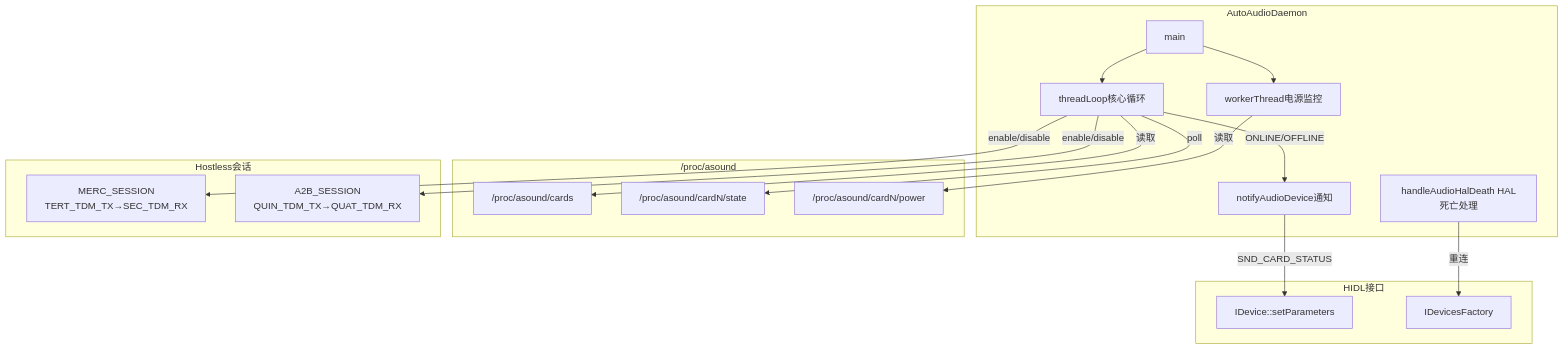
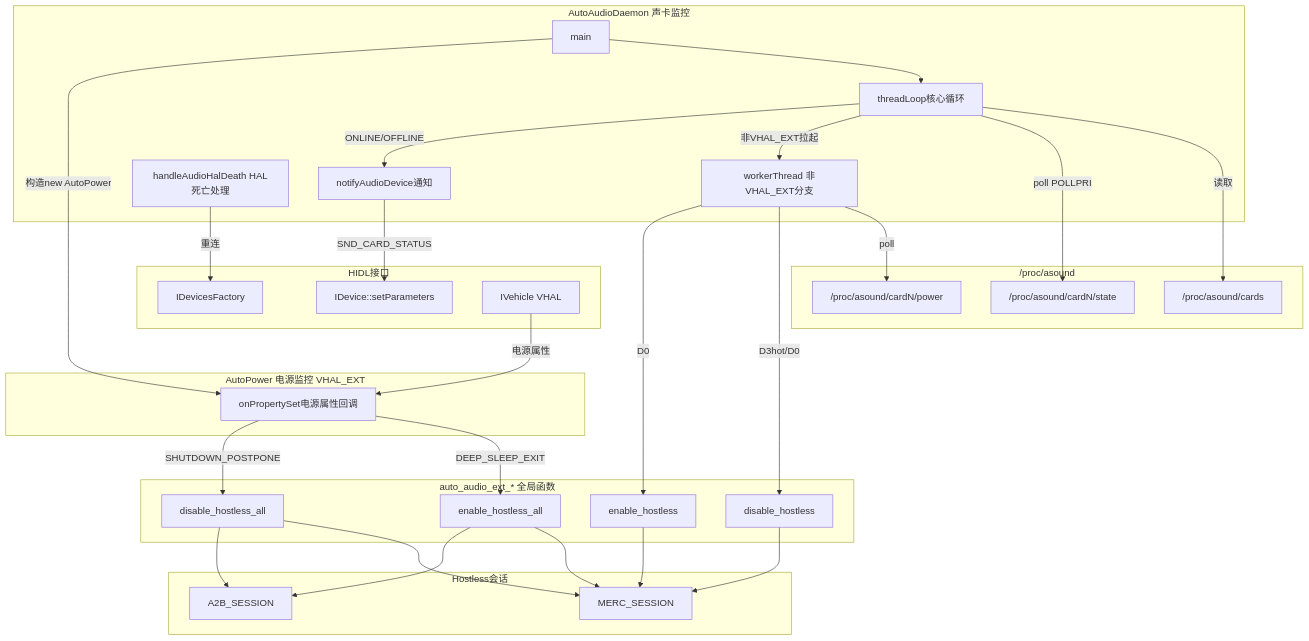
Before and after one commit to yanglinzhen1022/SA8295_AAOS_QNX_Audio_KnowledgeBase: the first of 2 diagrams in 16_Vendor_QNX_Architecture/16_16.2_auto-audiod守护进程.md, drawn with Mermaid. The commit also changed other lines of this file and 48 other files, not shown here.

````diff
--- a/16_Vendor_QNX_Architecture/16_16.2_auto-audiod守护进程.md
+++ b/16_Vendor_QNX_Architecture/16_16.2_auto-audiod守护进程.md
@@ -20,37 +20,59 @@
 ```mermaid
 graph TB
-    subgraph AutoAudioDaemon["AutoAudioDaemon"]
+    subgraph AutoAudioDaemon["AutoAudioDaemon 声卡监控"]
         MAIN[main]
         THREADLOOP[threadLoop核心循环]
-        WORKER[workerThread电源监控]
         NOTIFIER[notifyAudioDevice通知]
         HAL_DEATH[handleAudioHalDeath HAL死亡处理]
+        WORKER["workerThread 非VHAL_EXT分支"]
+    end
+
+    subgraph AutoPowerBox["AutoPower 电源监控 VHAL_EXT"]
+        ONSET[onPropertySet电源属性回调]
     end
 
     subgraph ProcFS["/proc/asound"]
         CARDS["/proc/asound/cards"]
         STATE["/proc/asound/cardN/state"]
         POWER["/proc/asound/cardN/power"]
     end
 
     subgraph HIDL_Interface["HIDL接口"]
         IDEVICE[IDevice::setParameters]
         IFACTORY[IDevicesFactory]
+        IVEHICLE[IVehicle VHAL]
+    end
+
+    subgraph ExtFuncs["auto_audio_ext_* 全局函数"]
+        ENH[enable_hostless_all]
+        DISH[disable_hostless_all]
+        ENH1[enable_hostless]
+        DISH1[disable_hostless]
     end
 
     subgraph Hostless["Hostless会话"]
-        MERC["MERC_SESSION<br/>TERT_TDM_TX→SEC_TDM_RX"]
-        A2B["A2B_SESSION<br/>QUIN_TDM_TX→QUAT_TDM_RX"]
+        MERC["MERC_SESSION"]
+        A2B["A2B_SESSION"]
     end
 
     MAIN --> THREADLOOP
-    MAIN --> WORKER
+    MAIN -->|构造new AutoPower| ONSET
     THREADLOOP -->|读取| CARDS
-    THREADLOOP -->|poll| STATE
-    WORKER -->|读取| POWER
+    THREADLOOP -->|poll POLLPRI| STATE
+    THREADLOOP -->|非VHAL_EXT拉起| WORKER
+    WORKER -->|poll| POWER
+    WORKER -->|D3hot/D0| DISH1
+    WORKER -->|D0| ENH1
     THREADLOOP -->|ONLINE/OFFLINE| NOTIFIER
     NOTIFIER -->|SND_CARD_STATUS| IDEVICE
-    THREADLOOP -->|enable/disable| MERC
-    THREADLOOP -->|enable/disable| A2B
     HAL_DEATH -->|重连| IFACTORY
+    IVEHICLE -->|电源属性| ONSET
+    ONSET -->|DEEP_SLEEP_EXIT| ENH
+    ONSET -->|SHUTDOWN_POSTPONE| DISH
+    ENH --> MERC
+    ENH --> A2B
+    DISH --> MERC
+    DISH --> A2B
+    ENH1 --> MERC
+    DISH1 --> MERC
 ```
````
